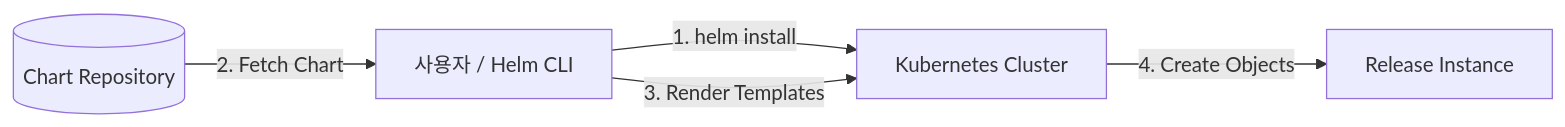
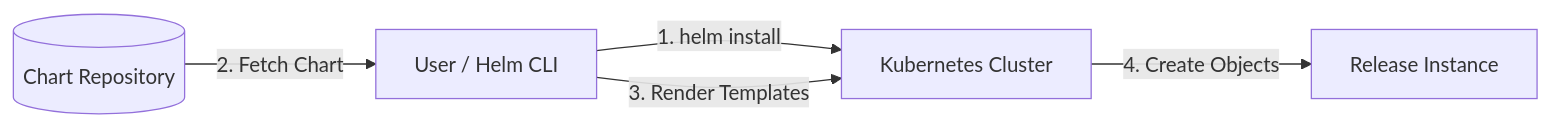
One commit to jeonck/k8s-adv changed the diagram in content/basics/07-helm.md. Above: the diagram before and after it, drawn with Mermaid. The commit also changed other lines of this file and 223 other files, not shown here.

````diff
--- a/content/basics/07-helm.md
+++ b/content/basics/07-helm.md
@@ -30,7 +30,7 @@
 ```mermaid
 graph LR
-    User[사용자 / Helm CLI] -- "1. helm install" --> Cluster[Kubernetes Cluster]
+    User[User / Helm CLI] -- "1. helm install" --> Cluster[Kubernetes Cluster]
     Repo[(Chart Repository)] -- "2. Fetch Chart" --> User
     User -- "3. Render Templates" --> Cluster
     Cluster -- "4. Create Objects" --> Release[Release Instance]
 ```
````
